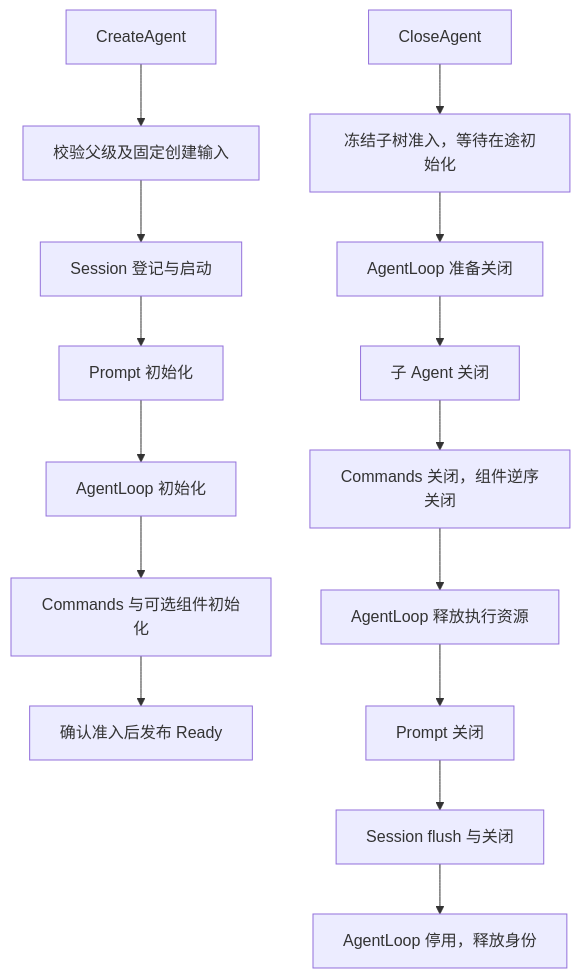
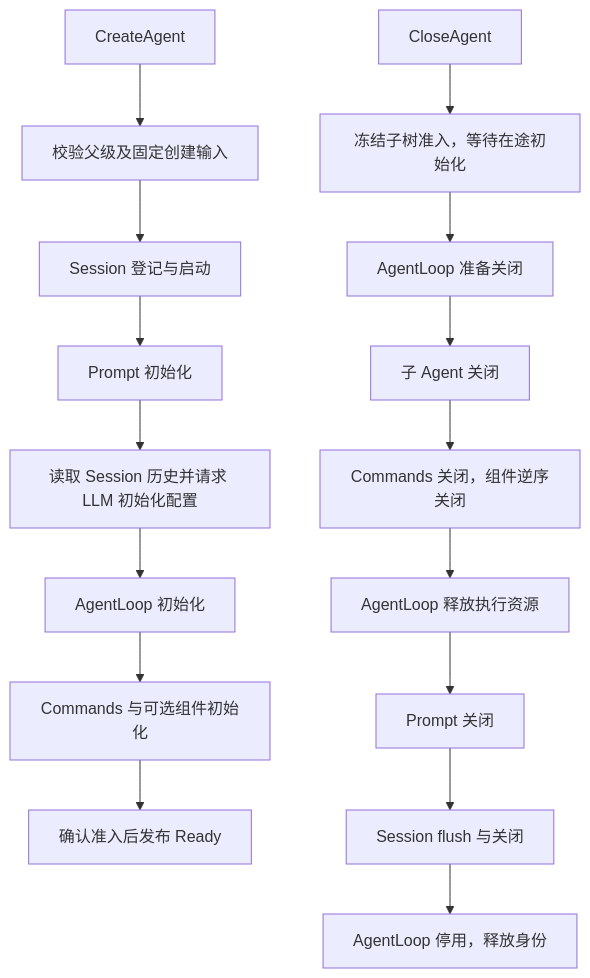
One commit to gorenx/goren changed the diagram in agent/registry/README.zh-CN.md. Above: the diagram before and after it, drawn with Mermaid. The commit also changed other lines of this file and 31 other files, not shown here.

````diff
--- a/agent/registry/README.zh-CN.md
+++ b/agent/registry/README.zh-CN.md
@@ -19,17 +19,18 @@
 ```mermaid
 flowchart TD
  C[CreateAgent] --> V[校验父级及固定创建输入]
  V --> S[Session 登记与启动]
  S --> P[Prompt 初始化]
- P --> A[AgentLoop 初始化]
+ P --> M[读取 Session 历史并请求 LLM 初始化配置]
+ M --> A[AgentLoop 初始化]
  A --> X[Commands 与可选组件初始化]
  X --> R[确认准入后发布 Ready]
  D[CloseAgent] --> F[冻结子树准入，等待在途初始化]
  F --> Q[AgentLoop 准备关闭]
  Q --> K[子 Agent 关闭]
  K --> O[Commands 关闭，组件逆序关闭]
  O --> E[AgentLoop 释放执行资源]
  E --> H[Prompt 关闭]
  H --> L[Session flush 与关闭]
  L --> Z[AgentLoop 停用，释放身份]
 ```
````
